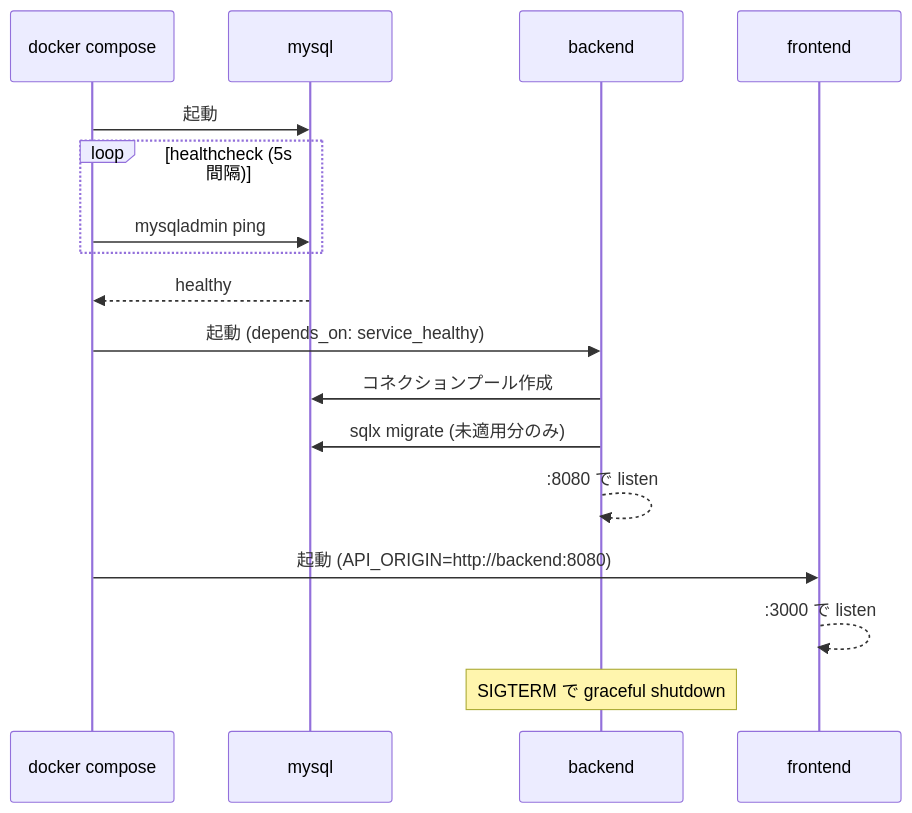
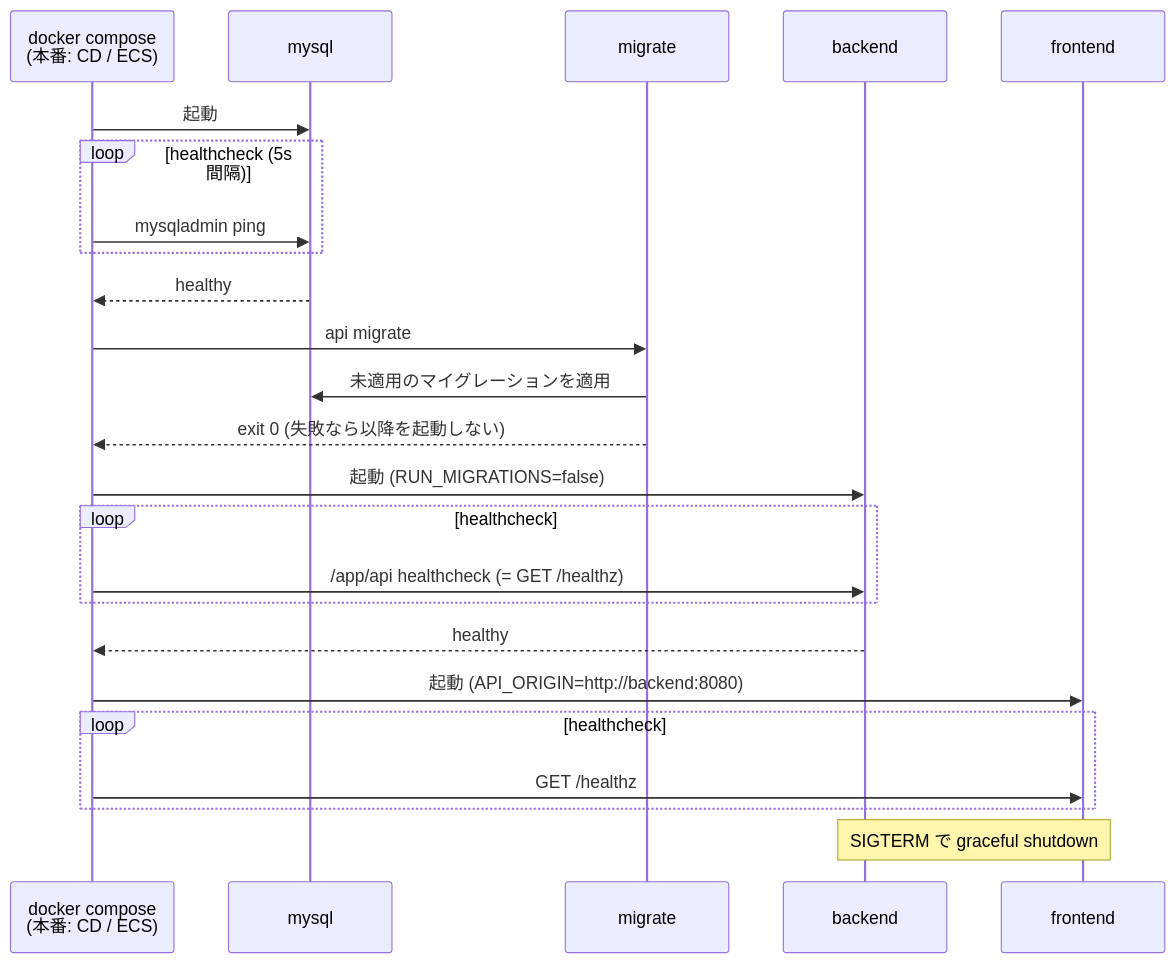
The sixth of 18 diagrams in README.md (ktaishi/rust-next-voiler), drawn with Mermaid before and after one commit. The commit also changed other lines of this file and 45 other files, not shown here.

````diff
--- a/README.md
+++ b/README.md
@@ -252,20 +256,27 @@
 ```mermaid
 sequenceDiagram
-    participant C as docker compose
+    participant C as docker compose<br/>(本番: CD / ECS)
     participant DB as mysql
+    participant MG as migrate
     participant BE as backend
     participant FE as frontend
 
     C->>DB: 起動
     loop healthcheck (5s 間隔)
         C->>DB: mysqladmin ping
     end
     DB-->>C: healthy
-    C->>BE: 起動 (depends_on: service_healthy)
-    BE->>DB: コネクションプール作成
-    BE->>DB: sqlx migrate (未適用分のみ)
-    BE-->>BE: :8080 で listen
+    C->>MG: api migrate
+    MG->>DB: 未適用のマイグレーションを適用
+    MG-->>C: exit 0 (失敗なら以降を起動しない)
+    C->>BE: 起動 (RUN_MIGRATIONS=false)
+    loop healthcheck
+        C->>BE: /app/api healthcheck (= GET /healthz)
+    end
+    BE-->>C: healthy
     C->>FE: 起動 (API_ORIGIN=http://backend:8080)
-    FE-->>FE: :3000 で listen
-    Note over BE: SIGTERM で graceful shutdown
+    loop healthcheck
+        C->>FE: GET /healthz
+    end
+    Note over BE,FE: SIGTERM で graceful shutdown
 ```
````
